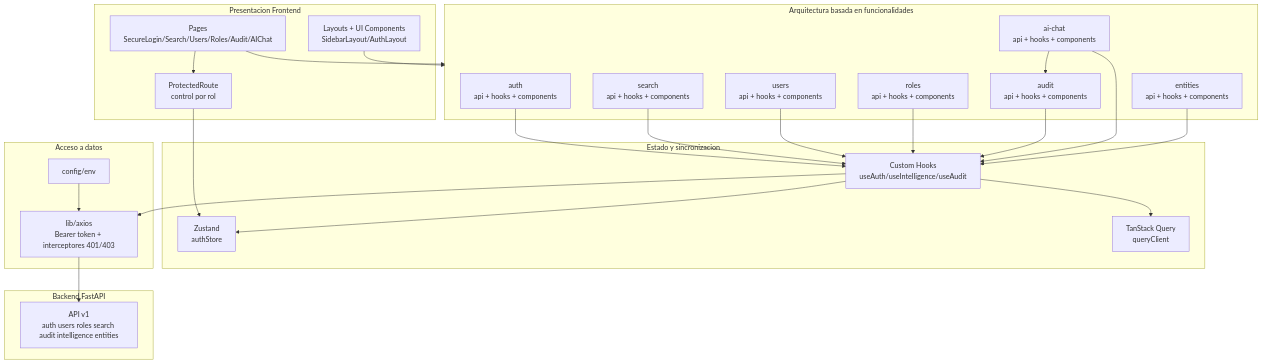
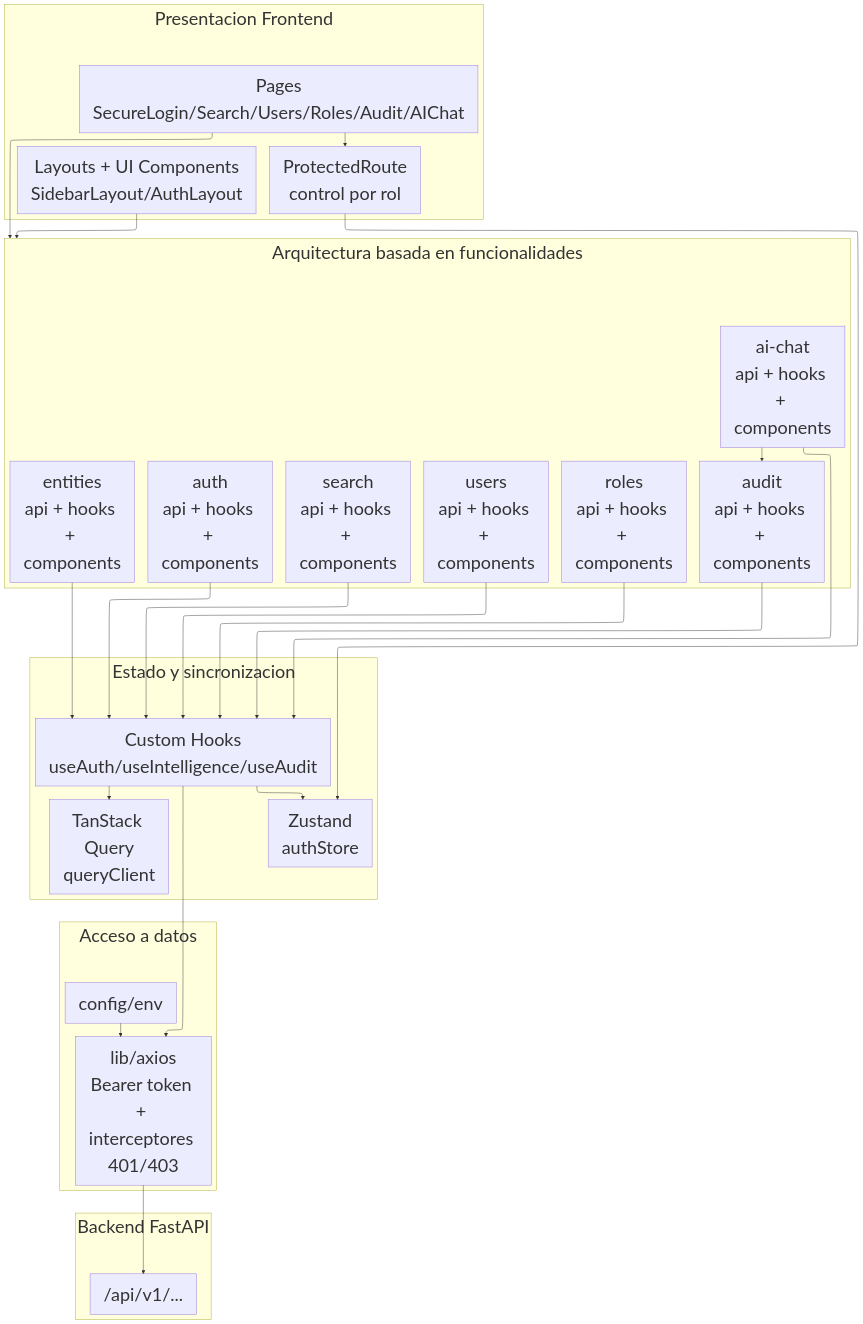
Before and after one commit to TEZCA-LABS/PLD-FT-BACKEND: the diagram in docs/diagrams/fig3_05_frontend_modular.mmd, drawn with Mermaid.

Commit message:
refactor: frontend diagram updated

```diff
--- a/docs/diagrams/fig3_05_frontend_modular.mmd
+++ b/docs/diagrams/fig3_05_frontend_modular.mmd
@@ -1,52 +1,47 @@
+---
+config:
+  themeVariables:
+    fontSize: 40px
+    fontFamily: arial
+  layout: elk
+---
 flowchart TB
-    subgraph UI[Presentacion Frontend]
-        PAGES[Pages\nSecureLogin/Search/Users/Roles/Audit/AIChat]
-        LAYOUTS[Layouts + UI Components\nSidebarLayout/AuthLayout]
-        ROUTES[ProtectedRoute\ncontrol por rol]
-    end
-
-    subgraph FEATURES[Arquitectura basada en funcionalidades]
-        AUTH[auth\napi + hooks + components]
-        SEARCH[search\napi + hooks + components]
-        USERS[users\napi + hooks + components]
-        ROLES[roles\napi + hooks + components]
-        AUDIT[audit\napi + hooks + components]
-        AICHAT[ai-chat\napi + hooks + components]
-        ENTITIES[entities\napi + hooks + components]
-    end
-
-    subgraph STATE[Estado y sincronizacion]
-        ZUSTAND[Zustand\nauthStore]
-        QUERY[TanStack Query\nqueryClient]
-        HOOKS[Custom Hooks\nuseAuth/useIntelligence/useAudit]
-    end
-
-    subgraph DATA[Acceso a datos]
-        AXIOS[lib/axios\nBearer token + interceptores 401/403]
-        ENV[config/env]
-    end
-
-    subgraph API[Backend FastAPI]
-        ENDPOINTS["API v1\nauth users roles search audit intelligence entities"]
-    end
-
-    PAGES --> ROUTES
-    PAGES --> FEATURES
+ subgraph UI["Presentacion Frontend"]
+        PAGES["Pages\nSecureLogin/Search/Users/Roles/Audit/AIChat"]
+        LAYOUTS["Layouts + UI Components\nSidebarLayout/AuthLayout"]
+        ROUTES["ProtectedRoute\ncontrol por rol"]
+  end
+ subgraph FEATURES["Arquitectura basada en funcionalidades"]
+        AUTH["auth\napi + hooks + components"]
+        SEARCH["search\napi + hooks + components"]
+        USERS["users\napi + hooks + components"]
+        ROLES["roles\napi + hooks + components"]
+        AUDIT["audit\napi + hooks + components"]
+        AICHAT["ai-chat\napi + hooks + components"]
+        ENTITIES["entities\napi + hooks + components"]
+  end
+ subgraph STATE["Estado y sincronizacion"]
+        ZUSTAND["Zustand\nauthStore"]
+        QUERY["TanStack Query\nqueryClient"]
+        HOOKS["Custom Hooks\nuseAuth/useIntelligence/useAudit"]
+  end
+ subgraph DATA["Acceso a datos"]
+        AXIOS["lib/axios\nBearer token + interceptores 401/403"]
+        ENV["config/env"]
+  end
+ subgraph API["Backend FastAPI"]
+        ENDPOINTS["/api/v1/..."]
+  end
+    PAGES --> ROUTES & FEATURES
     LAYOUTS --> FEATURES
-
     AUTH --> HOOKS
     SEARCH --> HOOKS
     USERS --> HOOKS
     ROLES --> HOOKS
     AUDIT --> HOOKS
-    AICHAT --> HOOKS
+    AICHAT --> HOOKS & AUDIT
     ENTITIES --> HOOKS
-
     ROUTES --> ZUSTAND
-    HOOKS --> QUERY
-    HOOKS --> ZUSTAND
-    HOOKS --> AXIOS
+    HOOKS --> QUERY & ZUSTAND & AXIOS
     ENV --> AXIOS
     AXIOS --> ENDPOINTS
-
-    AICHAT --> AUDIT
```
